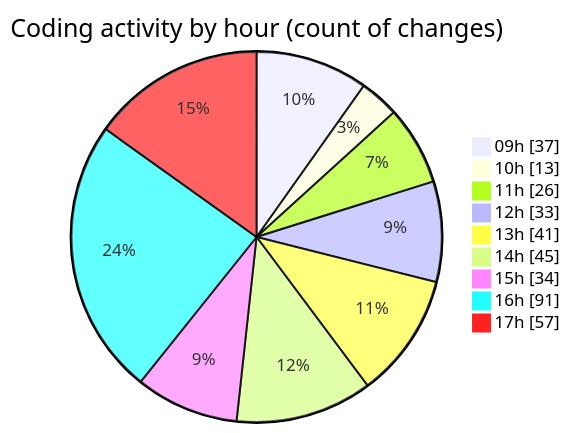
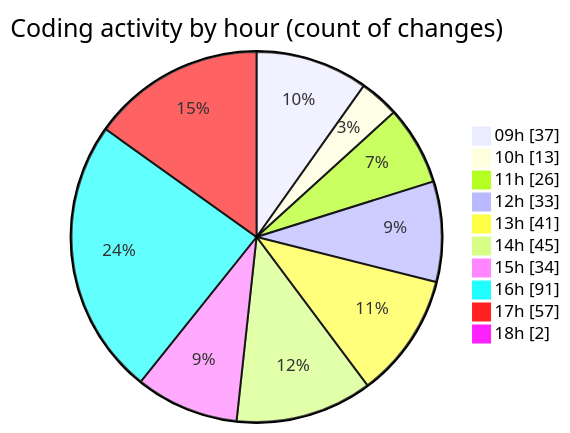
The second of 2 diagrams in 2026-04-23/cda/README.md (momahboobian/code-tracking), drawn with Mermaid before and after one commit. The commit also changed other lines of this file and 1 other file, not shown here.

````diff
--- a/2026-04-23/cda/README.md
+++ b/2026-04-23/cda/README.md
@@ -57,13 +57,14 @@
 ```mermaid
 pie showData
 title Coding activity by hour (count of changes)
 "09h" : 37
 "10h" : 13
 "11h" : 26
 "12h" : 33
 "13h" : 41
 "14h" : 45
 "15h" : 34
 "16h" : 91
 "17h" : 57
+"18h" : 2
 ```
````
